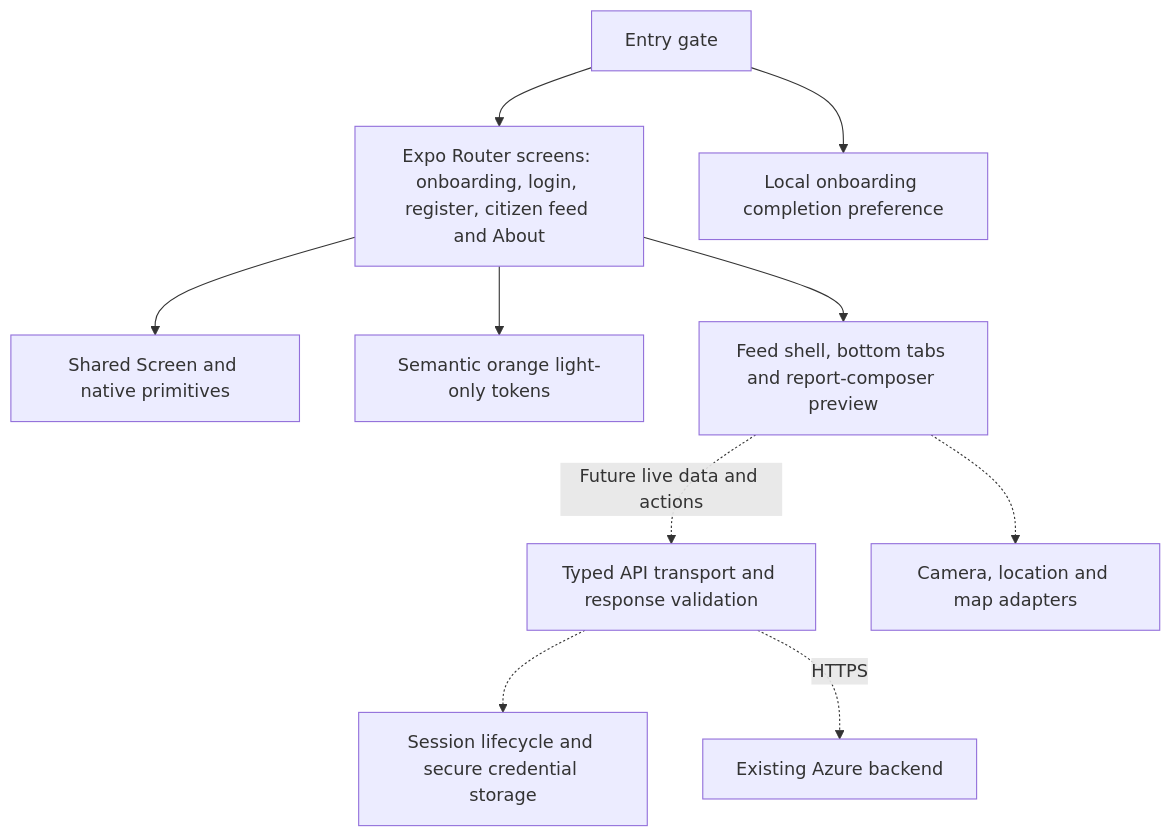
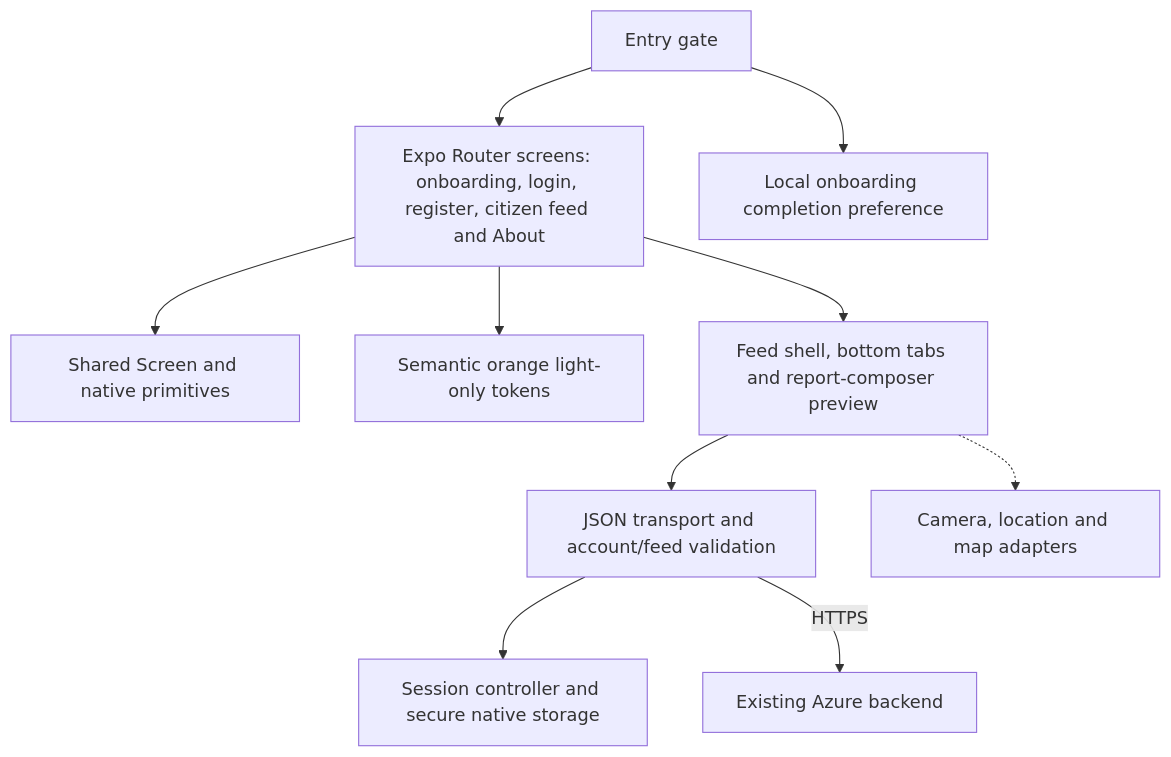
The second of 3 diagrams in docs/ARCHITECTURE.md (Auvryy/surios-ai-app), drawn with Mermaid before and after one commit. The commit also changed other lines of this file and 6 other files, not shown here.

````diff
--- a/docs/ARCHITECTURE.md
+++ b/docs/ARCHITECTURE.md
@@ -73,12 +72,12 @@
 ```mermaid
 flowchart TD
     Routes[Expo Router screens: onboarding, login, register, citizen feed and About] --> UI[Shared Screen and native primitives]
     Routes --> Theme[Semantic orange light-only tokens]
     Entry[Entry gate] --> Preferences[Local onboarding completion preference]
     Entry --> Routes
     Routes --> Features[Feed shell, bottom tabs and report-composer preview]
-    Features -. Future live data and actions .-> API[Typed API transport and response validation]
+    Features --> API[JSON transport and account/feed validation]
     Features -.-> Device[Camera, location and map adapters]
-    API -.-> Session[Session lifecycle and secure credential storage]
-    API -. HTTPS .-> Backend[Existing Azure backend]
+    API --> Session[Session controller and secure native storage]
+    API -->|HTTPS| Backend[Existing Azure backend]
 ```
````
